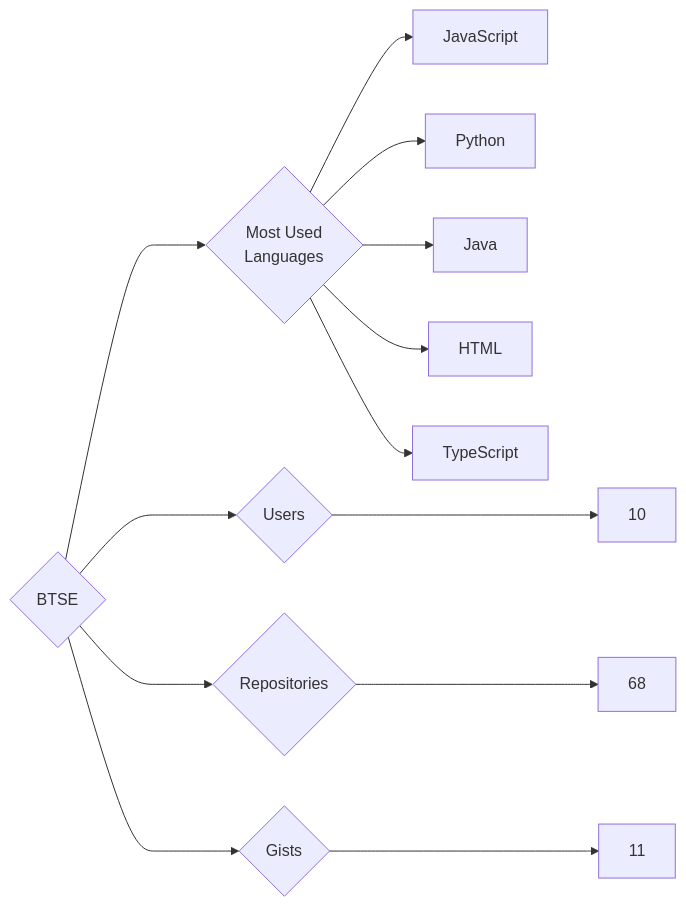
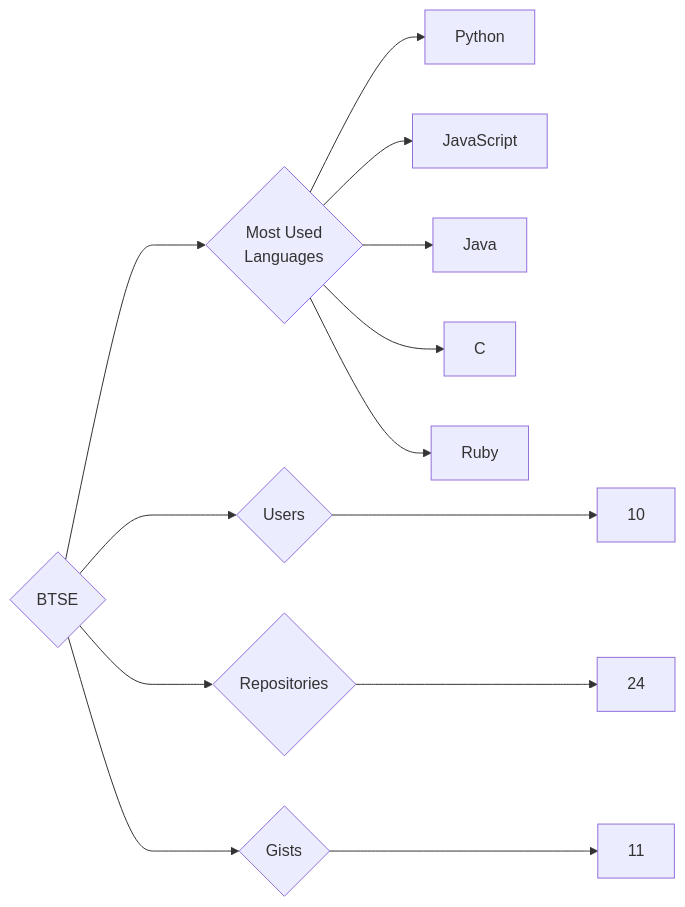
One commit to trickest/insiders changed the diagram in targets/BTSE/README.md. Above: the diagram before and after it, drawn with Mermaid. The commit also changed 865 other files, not shown here.

````diff
--- a/targets/BTSE/README.md
+++ b/targets/BTSE/README.md
@@ -3,13 +3,13 @@
 ```mermaid
 graph LR
 COMPANY_NAME{BTSE}
 COMPANY_NAME ---> U{Users} ---> UN[10]
-COMPANY_NAME ---> R{Repositories} ---> RN[68]
+COMPANY_NAME ---> R{Repositories} ---> RN[24]
 COMPANY_NAME ---> G{Gists} ---> GN[11]
 COMPANY_NAME ---> ML{Most Used<br>Languages}
+ML --> Python[Python]
 ML --> JavaScript[JavaScript]
-ML --> Python[Python]
 ML --> Java[Java]
-ML --> HTML[HTML]
-ML --> TypeScript[TypeScript]
+ML --> C[C]
+ML --> Ruby[Ruby]
 ```
````
